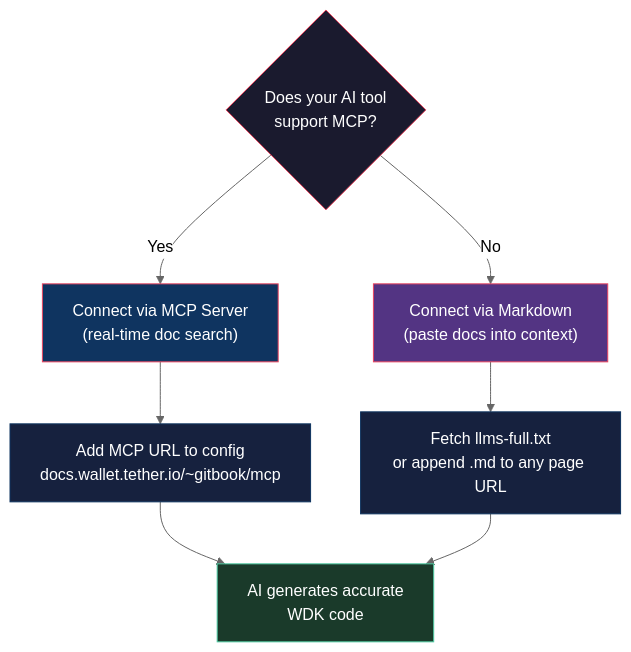
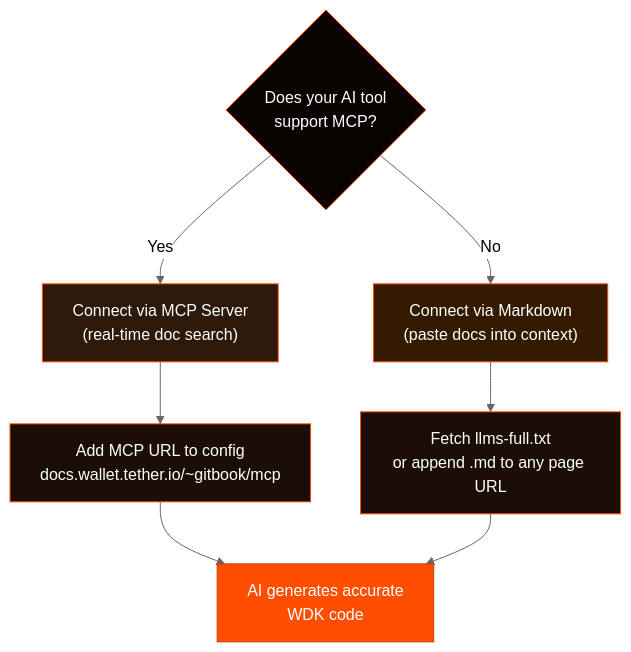
Before and after one commit to gatteo/wdk-docs: the diagram in start-building/build-with-ai.md, drawn with Mermaid (neutral theme). The commit also changed 21 other files, not shown here.

Commit message:
docs: update all mermaid diagrams to WDK branding colors (#FF4E00 orange, #080201 dark)

````diff
--- a/start-building/build-with-ai.md
+++ b/start-building/build-with-ai.md
@@ -30,19 +30,19 @@
 ```mermaid
 flowchart TD
     Q{"Does your AI tool\nsupport MCP?"}
     Q -->|Yes| MCP["Connect via MCP Server\n(real-time doc search)"]
     Q -->|No| MD["Connect via Markdown\n(paste docs into context)"]
 
     MCP --> URL["Add MCP URL to config\ndocs.wallet.tether.io/~gitbook/mcp"]
     MD --> LLMS["Fetch llms-full.txt\nor append .md to any page URL"]
 
     URL --> BUILD["AI generates accurate\nWDK code"]
     LLMS --> BUILD
 
-    style Q fill:#1a1a2e,stroke:#e94560,color:#fff
-    style MCP fill:#0f3460,stroke:#e94560,color:#fff
-    style MD fill:#533483,stroke:#e94560,color:#fff
-    style URL fill:#16213e,stroke:#0f3460,color:#fff
-    style LLMS fill:#16213e,stroke:#0f3460,color:#fff
-    style BUILD fill:#1a3a2a,stroke:#4ecca3,color:#fff
+    style Q fill:#080201,stroke:#FF4E00,color:#fff
+    style MCP fill:#2d1a0a,stroke:#FF4E00,color:#fff
+    style MD fill:#331a00,stroke:#FF4E00,color:#fff
+    style URL fill:#1a0e06,stroke:#FF4E00,color:#fff
+    style LLMS fill:#1a0e06,stroke:#FF4E00,color:#fff
+    style BUILD fill:#FF4E00,stroke:#cc3e00,color:#fff
 ```
````
